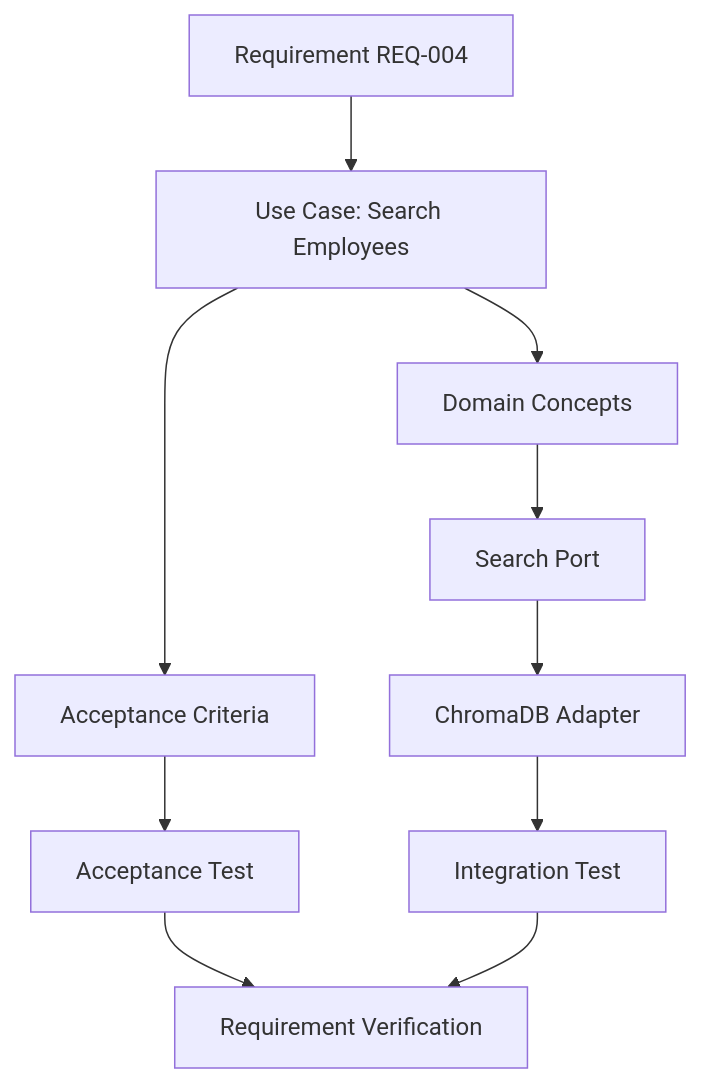
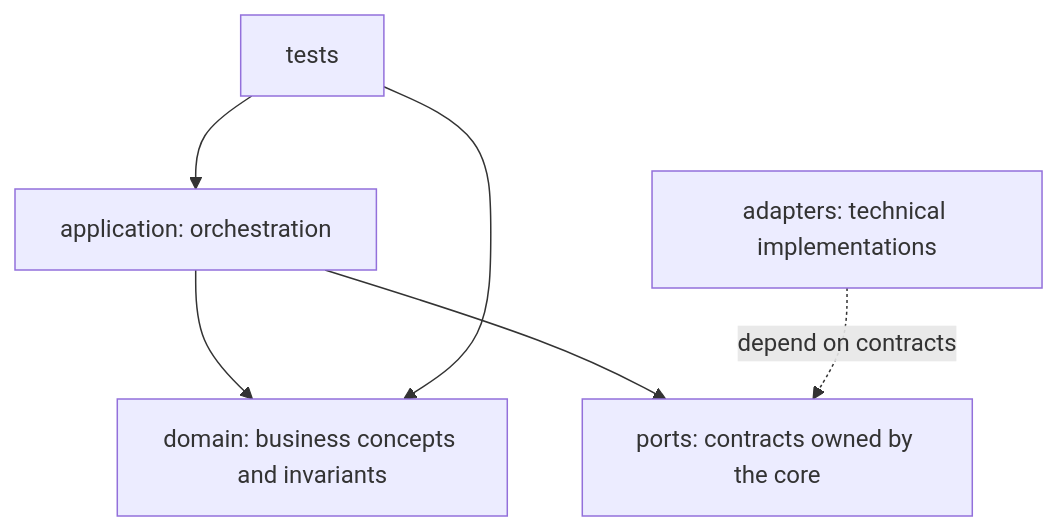
The third of 12 diagrams in course3/instructions.md (Thommans-Playground/coursera-IBM-RAG-Agentic-AI-Professional-Certificate), drawn with Mermaid before and after one commit. The commit also changed other lines of this file, not shown here.

````diff
--- a/course3/instructions.md
+++ b/course3/instructions.md
@@ -100,12 +107,9 @@
 ```mermaid
 flowchart TD
-    R["Requirement REQ-004"] --> U["Use Case: Search Employees"]
-    U --> AC["Acceptance Criteria"]
-    AC --> T["Acceptance Test"]
-    U --> D["Domain Concepts"]
-    D --> P["Search Port"]
-    P --> A["ChromaDB Adapter"]
-    A --> IT["Integration Test"]
-    T --> V["Requirement Verification"]
-    IT --> V
+    D["domain: business concepts and invariants"]
+    A["application: orchestration"] --> D
+    A --> P["ports: contracts owned by the core"]
+    AD["adapters: technical implementations"] -. "depend on contracts" .-> P
+    T["tests"] --> D
+    T --> A
 ```
````
